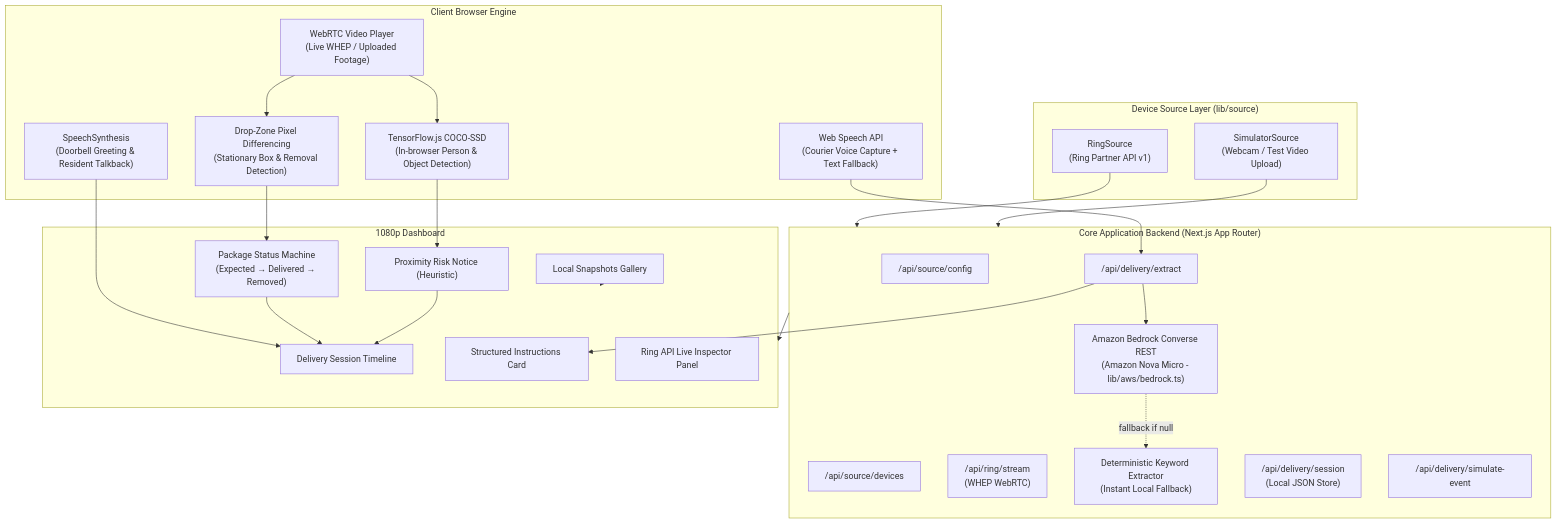
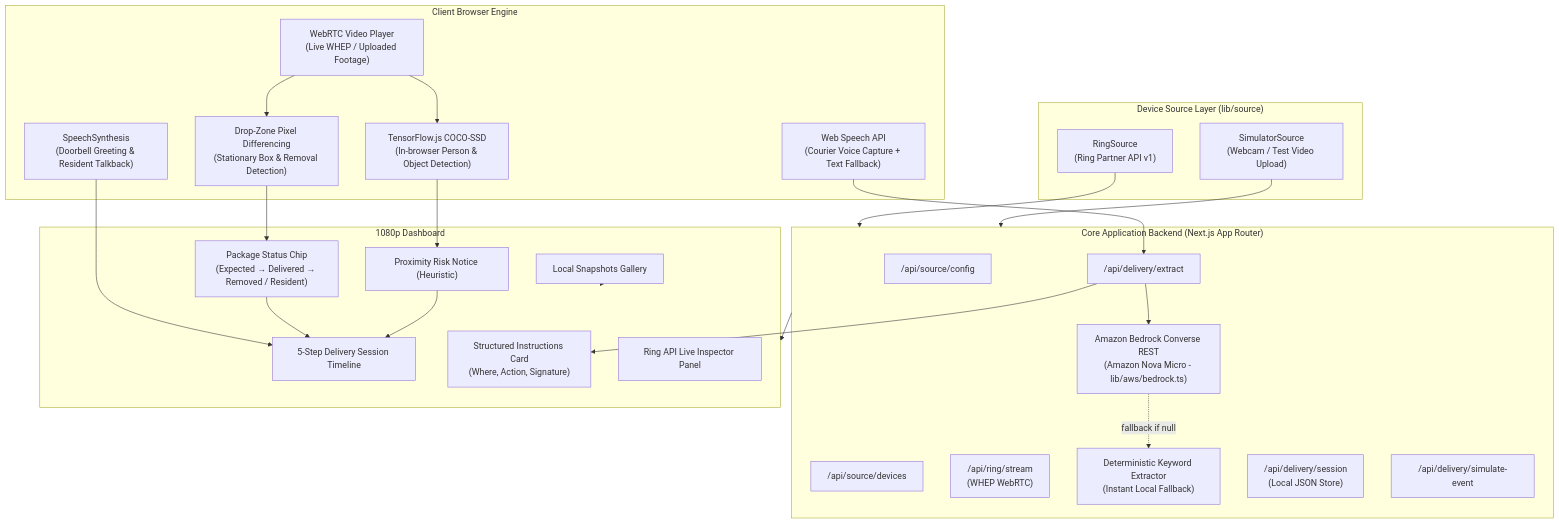
Before and after one commit to MuhammedFarhanSyed/Smart-Delivery-Assistant-for-Ring-Amazon-Developer-Hackathon-: the diagram in README.md, drawn with Mermaid. The commit also changed other lines of this file and 3 other files, not shown here.

````diff
--- a/README.md
+++ b/README.md
@@ -16,51 +41,51 @@
 ```mermaid
 flowchart TD
     subgraph Sources["Device Source Layer (lib/source)"]
         RingAPI["RingSource\n(Ring Partner API v1)"]
         Sim["SimulatorSource\n(Webcam / Test Video Upload)"]
     end
 
     subgraph Core["Core Application Backend (Next.js App Router)"]
         ConfigRoute["/api/source/config"]
         DevRoute["/api/source/devices"]
         StreamRoute["/api/ring/stream\n(WHEP WebRTC)"]
         ExtractRoute["/api/delivery/extract"]
         Bedrock["Amazon Bedrock Converse REST\n(Amazon Nova Micro - lib/aws/bedrock.ts)"]
         KeywordExt["Deterministic Keyword Extractor\n(Instant Local Fallback)"]
         SessionRoute["/api/delivery/session\n(Local JSON Store)"]
         SimEventRoute["/api/delivery/simulate-event"]
     end
 
     subgraph Browser["Client Browser Engine"]
         TTS["SpeechSynthesis\n(Doorbell Greeting & Resident Talkback)"]
         STT["Web Speech API\n(Courier Voice Capture + Text Fallback)"]
         WHEPPlayer["WebRTC Video Player\n(Live WHEP / Uploaded Footage)"]
         COCO["TensorFlow.js COCO-SSD\n(In-browser Person & Object Detection)"]
         Differencing["Drop-Zone Pixel Differencing\n(Stationary Box & Removal Detection)"]
     end
 
     subgraph UI["1080p Dashboard"]
-        Timeline["Delivery Session Timeline"]
-        StatusBadge["Package Status Machine\n(Expected → Delivered → Removed)"]
-        InstructionsCard["Structured Instructions Card"]
+        Timeline["5-Step Delivery Session Timeline"]
+        StatusBadge["Package Status Chip\n(Expected → Delivered → Removed / Resident)"]
+        InstructionsCard["Structured Instructions Card\n(Where, Action, Signature)"]
         Snapshots["Local Snapshots Gallery"]
         RingInspector["Ring API Live Inspector Panel"]
         Alerts["Proximity Risk Notice (Heuristic)"]
     end
 
     RingAPI --> Core
     Sim --> Core
     Core --> UI
     WHEPPlayer --> Differencing
     WHEPPlayer --> COCO
     COCO --> Alerts
     Differencing --> StatusBadge
     STT --> ExtractRoute
     ExtractRoute --> Bedrock
     Bedrock -.->|fallback if null| KeywordExt
     ExtractRoute --> InstructionsCard
     TTS --> Timeline
     StatusBadge --> Timeline
     Alerts --> Timeline
     Snapshots --> UI
 ```
````
